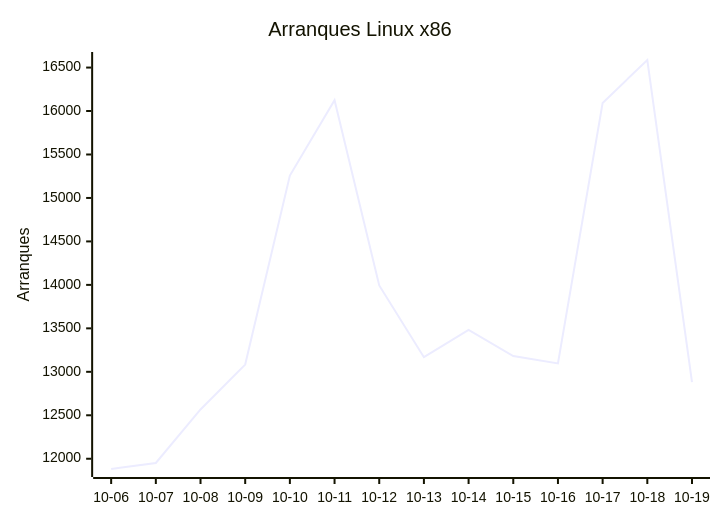
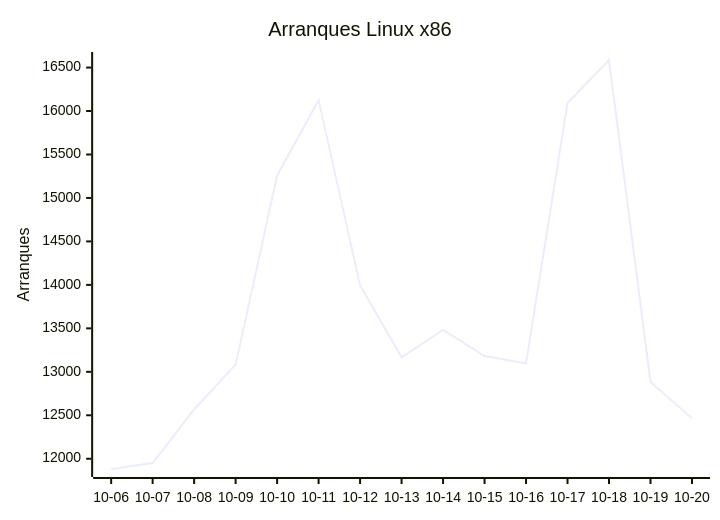
The first of 8 diagrams in README.md (EmuDeck/stats), drawn with Mermaid before and after one commit. The commit also changed other lines of this file and 2 other files, not shown here.

````diff
--- a/README.md
+++ b/README.md
@@ -18,7 +18,7 @@
 ```mermaid
 xychart-beta
     title "Arranques Linux x86"
-    x-axis ["10-06", "10-07", "10-08", "10-09", "10-10", "10-11", "10-12", "10-13", "10-14", "10-15", "10-16", "10-17", "10-18", "10-19"]
+    x-axis ["10-06", "10-07", "10-08", "10-09", "10-10", "10-11", "10-12", "10-13", "10-14", "10-15", "10-16", "10-17", "10-18", "10-19", "10-20"]
     y-axis "Arranques"
-    line [11882, 11951, 12567, 13083, 15258, 16125, 13994, 13168, 13483, 13181, 13097, 16093, 16587, 12882]
+    line [11882, 11951, 12567, 13083, 15258, 16125, 13994, 13168, 13483, 13181, 13097, 16093, 16587, 12882, 12465]
 ```
````
